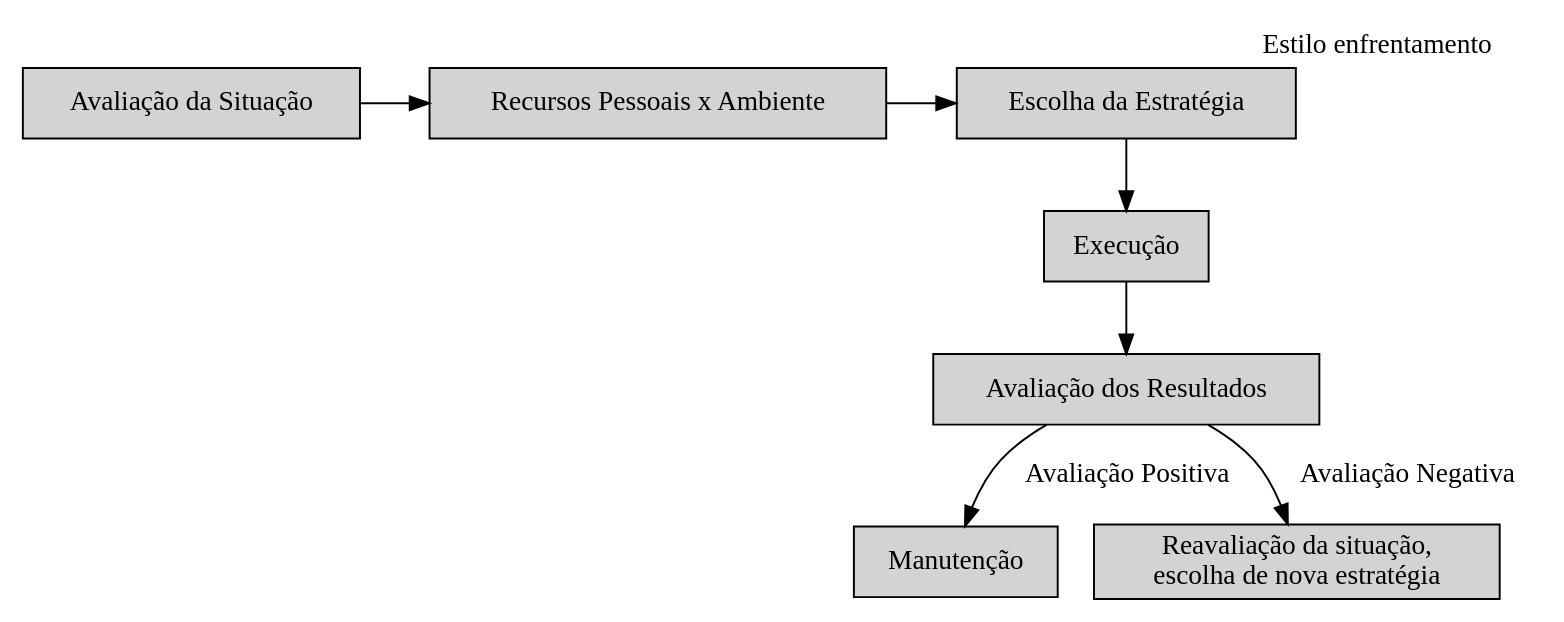
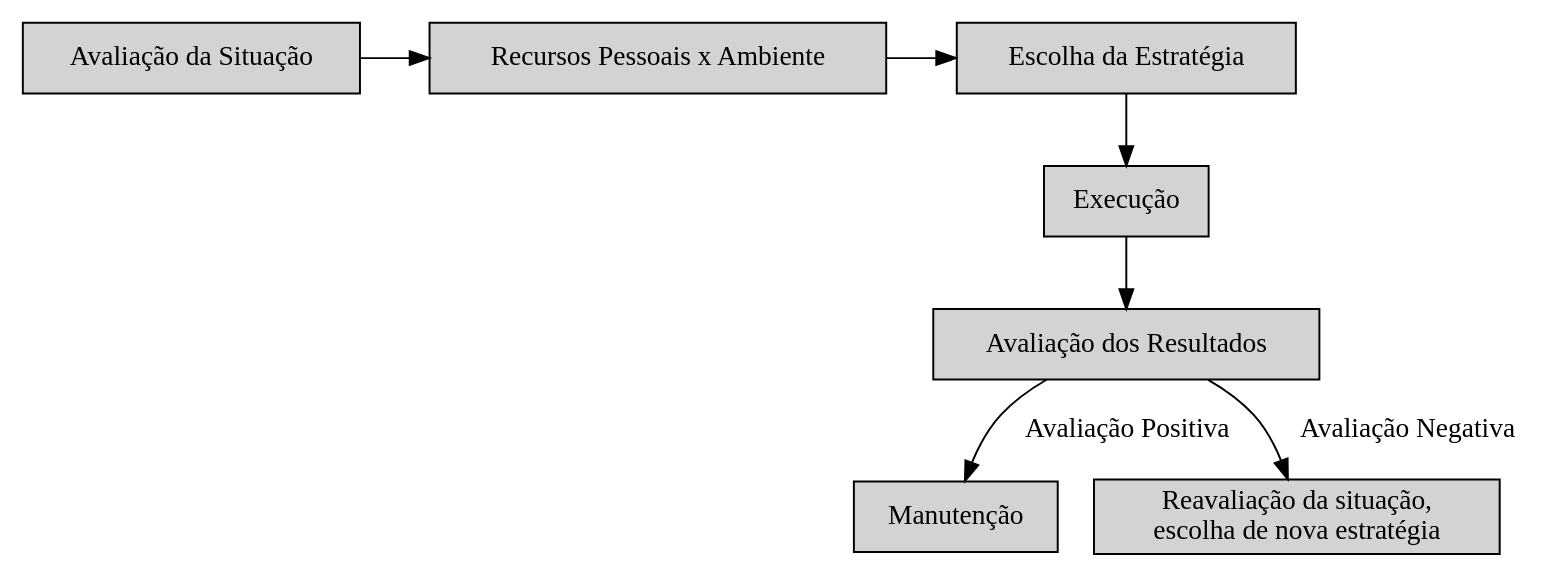
The diagram in livro/images/cap4/estilo-enfrentamento.dot (ufpb-computacao/fundamentos-psicologicos-da-educacao-livro), drawn with Graphviz before and after one commit. The commit also changed 1 other file, not shown here.

```diff
--- a/livro/images/cap4/estilo-enfrentamento.dot
+++ b/livro/images/cap4/estilo-enfrentamento.dot
@@ -1,27 +1,27 @@
 /*  Este arquivo pode ser utilizado para geração de gráficos.
 http://www.graphviz.org/Gallery.php
 Para compilar execute:
   dot -O -t png
 */
 
 digraph G {
   rankdir="TB"
   node[shape=box, style=filled]
-  labelloc=top;
-  labeljust=right;
-  label="Estilo enfrentamento"
+  //labelloc=top;
+  //labeljust=right;
+  //label="Estilo enfrentamento"
 
   avaliacao[label="Avaliação da Situação"];
   recursos[label="Recursos Pessoais x Ambiente"];
   escolha[label="Escolha da Estratégia"];
   execucao[label="Execução"];
   avaliacao_result[label="Avaliação dos Resultados"];
   manutencao[label="Manutenção"];
   reavaliacao[label="Reavaliação da situação,\nescolha de nova estratégia"];
 
   avaliacao->recursos->escolha->execucao->avaliacao_result;
   avaliacao_result->manutencao[label="Avaliação Positiva"];
   avaliacao_result->reavaliacao[label="Avaliação Negativa"];
   
   {rank=same; avaliacao recursos escolha}
 }
```
